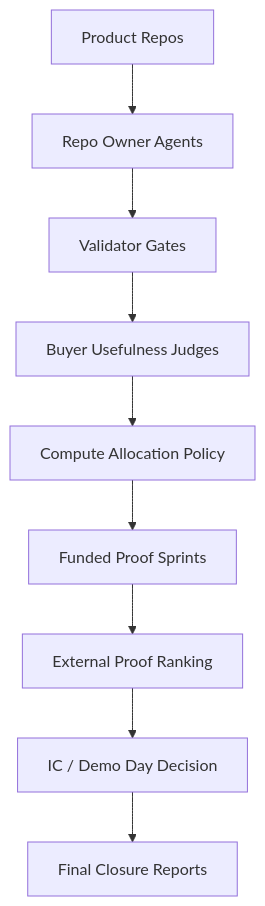
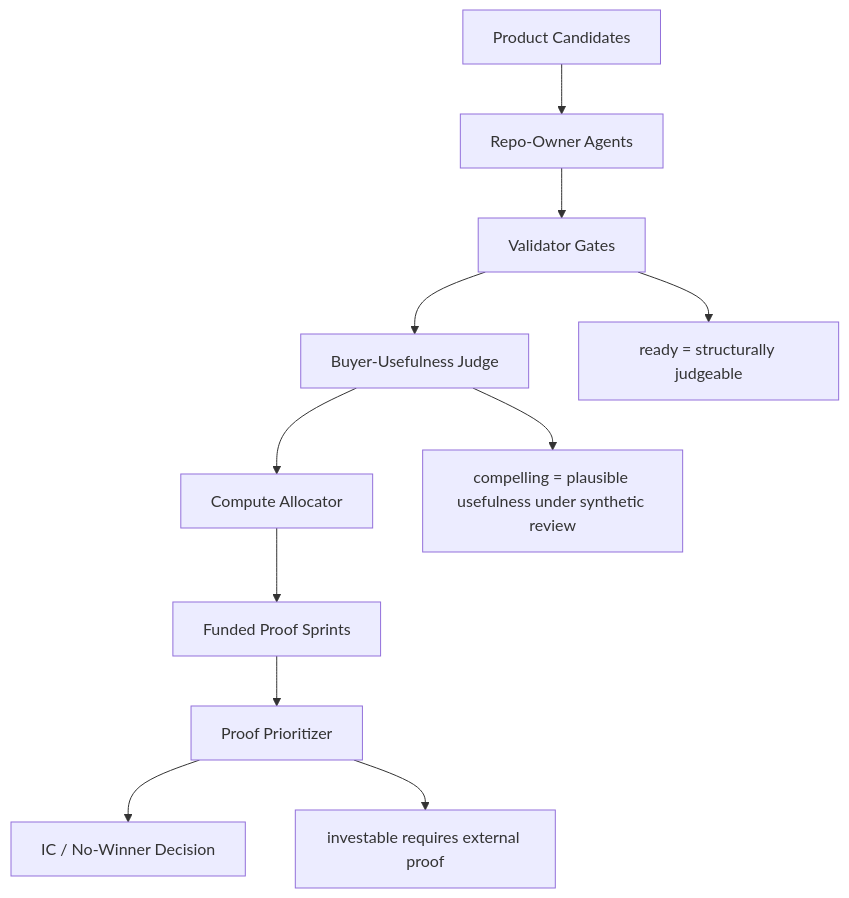
The diagram in README.md (Taz33m/codex-demo-day-arena), drawn with Mermaid before and after one commit. The commit also changed other lines of this file, not shown here.

````diff
--- a/README.md
+++ b/README.md
@@ -45,11 +57,14 @@
 ```mermaid
 flowchart TD
-    A["Product Repos"] --> B["Repo Owner Agents"]
+    A["Product Candidates"] --> B["Repo-Owner Agents"]
     B --> C["Validator Gates"]
-    C --> D["Buyer Usefulness Judges"]
-    D --> E["Compute Allocation Policy"]
+    C --> D["Buyer-Usefulness Judge"]
+    D --> E["Compute Allocator"]
     E --> F["Funded Proof Sprints"]
-    F --> G["External Proof Ranking"]
-    G --> H["IC / Demo Day Decision"]
-    H --> I["Final Closure Reports"]
+    F --> G["Proof Prioritizer"]
+    G --> H["IC / No-Winner Decision"]
+
+    C --> C1["ready = structurally judgeable"]
+    D --> D1["compelling = plausible usefulness under synthetic review"]
+    G --> G1["investable requires external proof"]
 ```
````
